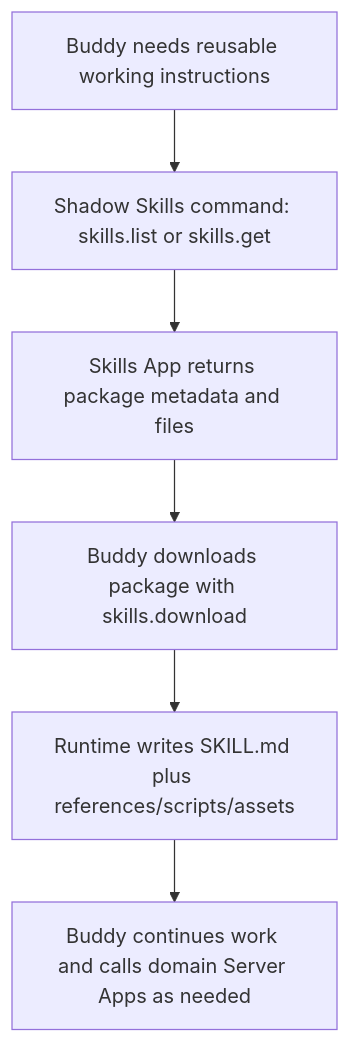
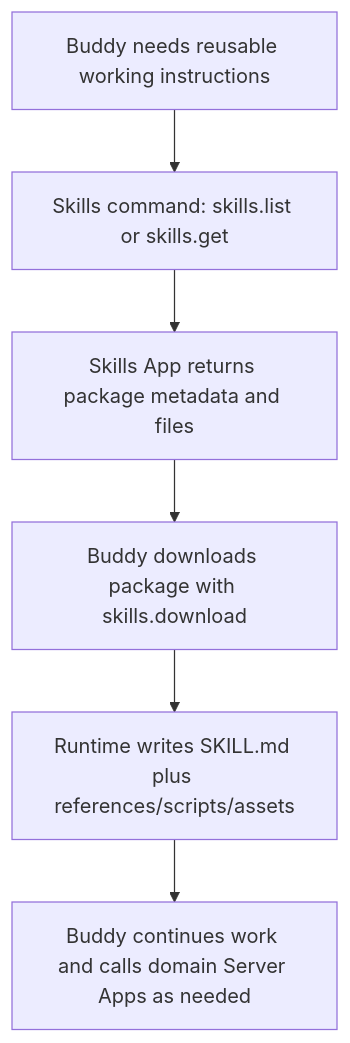
Before and after one commit to buggyblues/shadow: the fourth of 4 diagrams in docs/development/multica-shadow-server-app-research.zh-CN.md, drawn with Mermaid. The commit also changed other lines of this file and 228 other files, not shown here.

````diff
--- a/docs/development/multica-shadow-server-app-research.zh-CN.md
+++ b/docs/development/multica-shadow-server-app-research.zh-CN.md
@@ -275,8 +278,8 @@
 ```mermaid
 flowchart TD
-  A["Buddy needs reusable working instructions"] --> B["Shadow Skills command: skills.list or skills.get"]
+  A["Buddy needs reusable working instructions"] --> B["Skills command: skills.list or skills.get"]
   B --> C["Skills App returns package metadata and files"]
   C --> D["Buddy downloads package with skills.download"]
   D --> E["Runtime writes SKILL.md plus references/scripts/assets"]
   E --> F["Buddy continues work and calls domain Server Apps as needed"]
 ```
````
